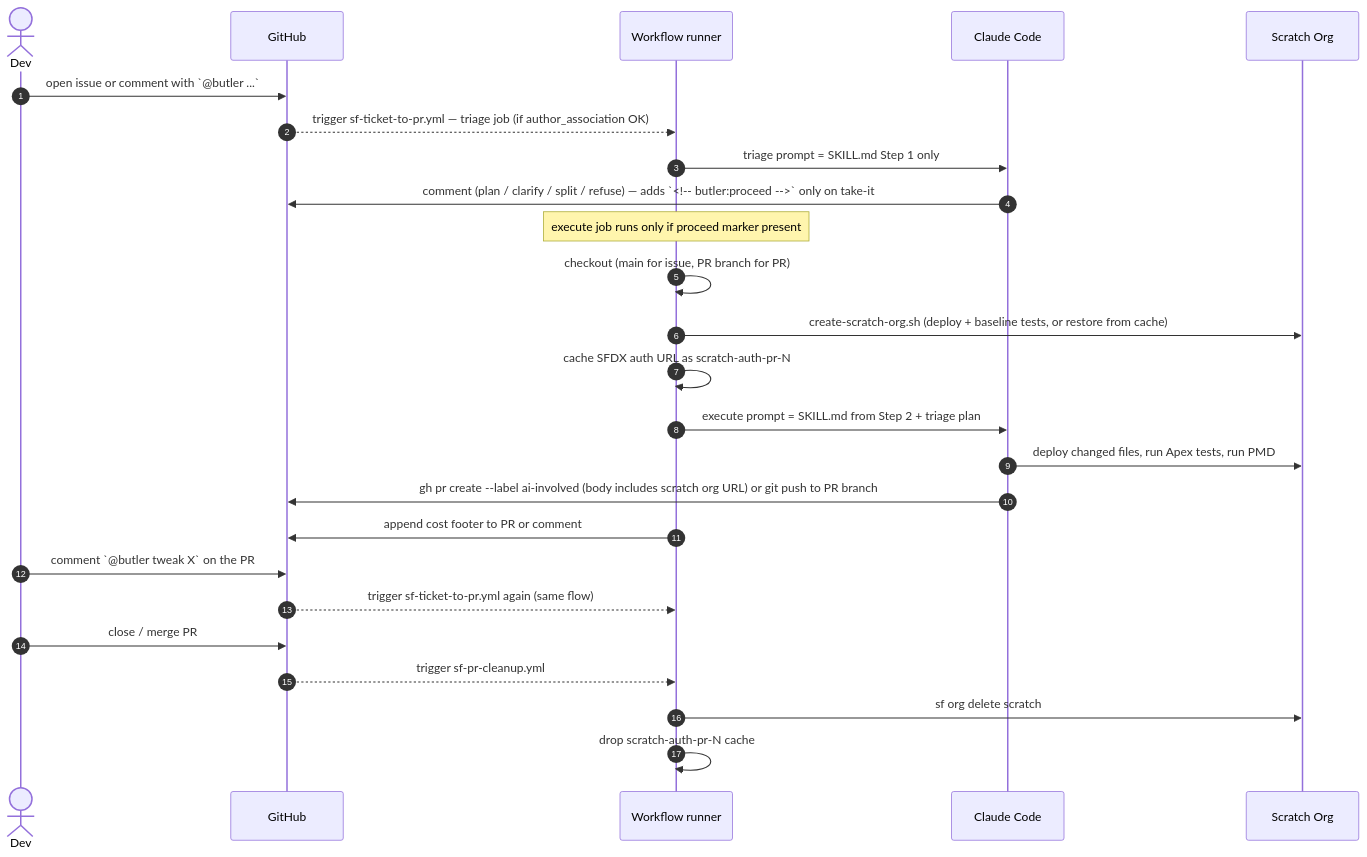
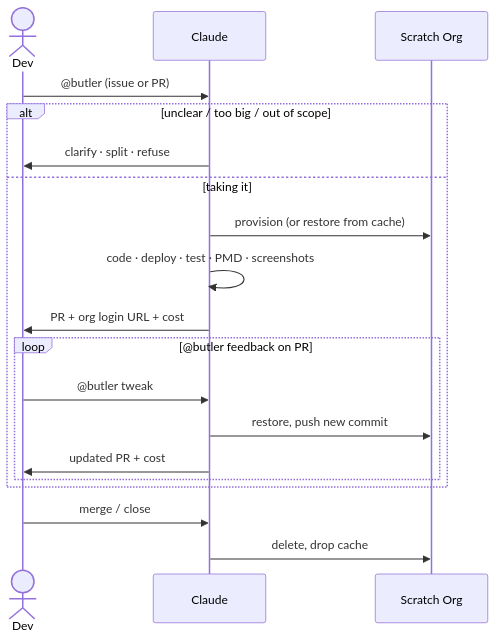
The diagram in .claude/skills/sf-ticket-to-pr/README.md (aquivalabs/my-org-butler), drawn with Mermaid before and after one commit. The commit also changed other lines of this file, not shown here.

First line of the commit message:
docs(sf-ticket-to-pr): rewrite README for clarity and signal-to-noise

````diff
--- a/.claude/skills/sf-ticket-to-pr/README.md
+++ b/.claude/skills/sf-ticket-to-pr/README.md
@@ -36,31 +5,22 @@
 ```mermaid
 sequenceDiagram
-    autonumber
     actor Dev
-    participant GH as GitHub
-    participant WF as Workflow runner
-    participant CC as Claude Code
+    participant Claude
     participant Org as Scratch Org
 
-    Dev->>GH: open issue or comment with `@butler ...`
-    GH-->>WF: trigger sf-ticket-to-pr.yml — triage job (if author_association OK)
-    WF->>CC: triage prompt = SKILL.md Step 1 only
-    CC->>GH: comment (plan / clarify / split / refuse) — adds `<!-- butler:proceed -->` only on take-it
-
-    Note over WF: execute job runs only if proceed marker present
-    WF->>WF: checkout (main for issue, PR branch for PR)
-    WF->>Org: create-scratch-org.sh (deploy + baseline tests, or restore from cache)
-    WF->>WF: cache SFDX auth URL as scratch-auth-pr-N
-    WF->>CC: execute prompt = SKILL.md from Step 2 + triage plan
-    CC->>Org: deploy changed files, run Apex tests, run PMD
-    CC->>GH: gh pr create --label ai-involved (body includes scratch org URL) or git push to PR branch
-    WF->>GH: append cost footer to PR or comment
-
-    Dev->>GH: comment `@butler tweak X` on the PR
-    GH-->>WF: trigger sf-ticket-to-pr.yml again (same flow)
-
-    Dev->>GH: close / merge PR
-    GH-->>WF: trigger sf-pr-cleanup.yml
-    WF->>Org: sf org delete scratch
-    WF->>WF: drop scratch-auth-pr-N cache
+    Dev->>Claude: @butler (issue or PR)
+    alt unclear / too big / out of scope
+        Claude->>Dev: clarify · split · refuse
+    else taking it
+        Claude->>Org: provision (or restore from cache)
+        Claude->>Claude: code · deploy · test · PMD · screenshots
+        Claude->>Dev: PR + org login URL + cost
+        loop @butler feedback on PR
+            Dev->>Claude: @butler tweak
+            Claude->>Org: restore, push new commit
+            Claude->>Dev: updated PR + cost
+        end
+    end
+    Dev->>Claude: merge / close
+    Claude->>Org: delete, drop cache
 ```
````
